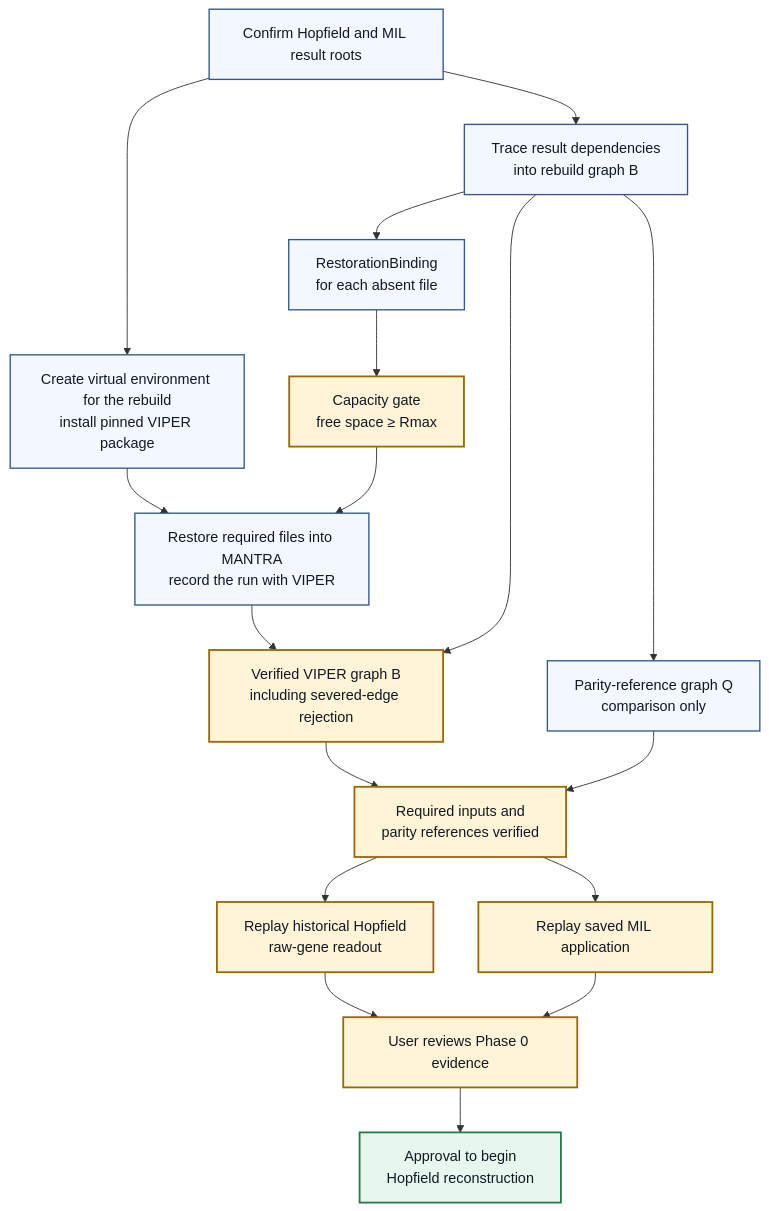
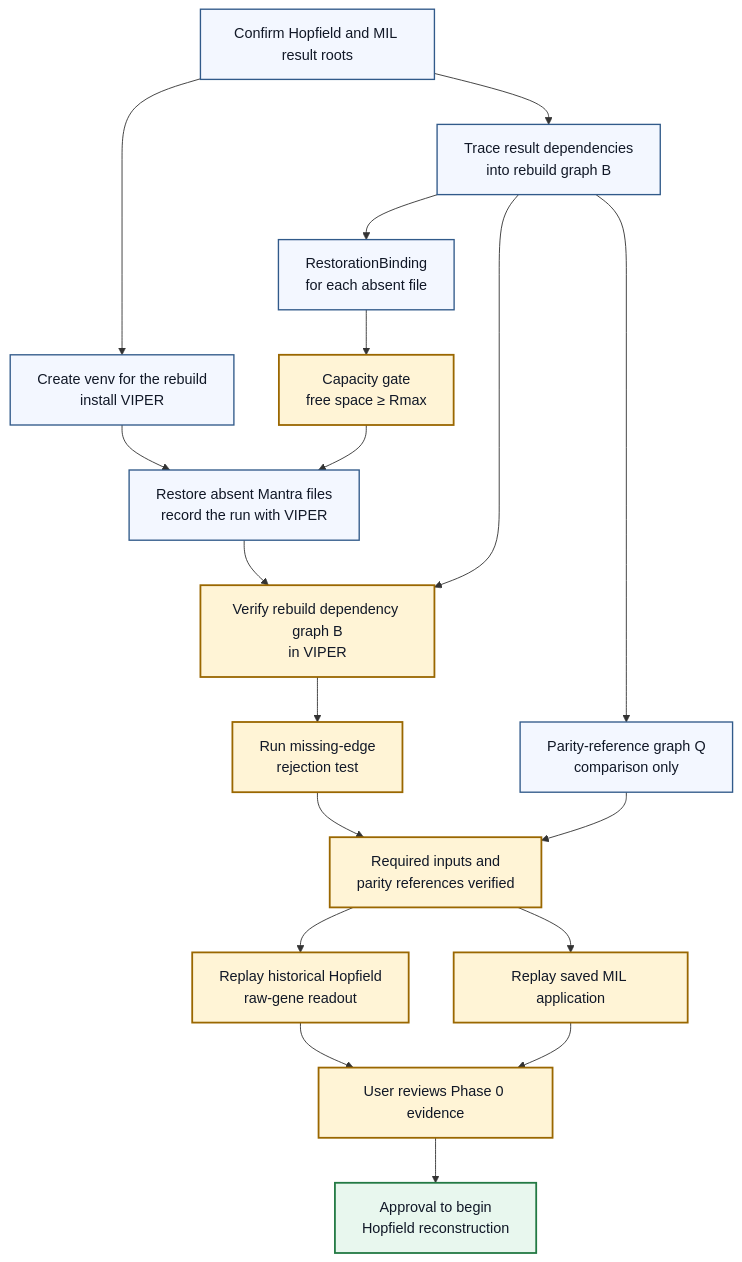
One commit to pvd232/RICO changed the diagram in docs/contracts/mantra-rebuild-phase-0.md. Above: the diagram before and after it, drawn with Mermaid.

Commit message:
Separate graph verification from rejection test

````diff
--- a/docs/contracts/mantra-rebuild-phase-0.md
+++ b/docs/contracts/mantra-rebuild-phase-0.md
@@ -99,40 +99,42 @@
 ```mermaid
 flowchart TB
     roots["Confirm Hopfield and MIL result roots"]
-    environment["Create virtual environment for the rebuild<br/>install pinned VIPER package"]
+    environment["Create venv for the rebuild<br/>install VIPER"]
     trace["Trace result dependencies<br/>into rebuild graph B"]
     binding["RestorationBinding<br/>for each absent file"]
     parity["Parity-reference graph Q<br/>comparison only"]
     capacity["Capacity gate<br/>free space ≥ Rmax"]
-    restore["Restore required files into MANTRA<br/>record the run with VIPER"]
-    verify["Verified VIPER graph B<br/>including severed-edge rejection"]
+    restore["Restore absent Mantra files <br/> record the run with VIPER"]
+    verify["Verify rebuild dependency graph B<br/>in VIPER"]
+    rejection_test["Run missing-edge<br/>rejection test"]
     replay_ready["Required inputs and<br/>parity references verified"]
     hopfield_replay["Replay historical Hopfield<br/>raw-gene readout"]
     mil_replay["Replay saved MIL application"]
     evidence_review["User reviews Phase 0 evidence"]
     hopfield["Approval to begin<br/>Hopfield reconstruction"]
 
     roots --> environment
     roots --> trace
     trace --> binding
     trace --> parity
     binding --> capacity
     environment --> restore
     capacity --> restore
     restore --> verify
     trace --> verify
-    verify --> replay_ready
+    verify --> rejection_test
+    rejection_test --> replay_ready
     parity --> replay_ready
     replay_ready --> hopfield_replay
     replay_ready --> mil_replay
     hopfield_replay --> evidence_review
     mil_replay --> evidence_review
     evidence_review --> hopfield
 
     classDef workNode fill:#f3f7ff,color:#111827,stroke:#315a8a,stroke-width:1.5px
     classDef gateNode fill:#fff4d6,color:#111827,stroke:#9a6700,stroke-width:2px
     classDef outcomeNode fill:#e8f7ee,color:#111827,stroke:#237a44,stroke-width:2px
     class roots,environment,trace,binding,parity,restore workNode
-    class capacity,verify,replay_ready,hopfield_replay,mil_replay,evidence_review gateNode
+    class capacity,verify,rejection_test,replay_ready,hopfield_replay,mil_replay,evidence_review gateNode
     class hopfield outcomeNode
 ```
````
